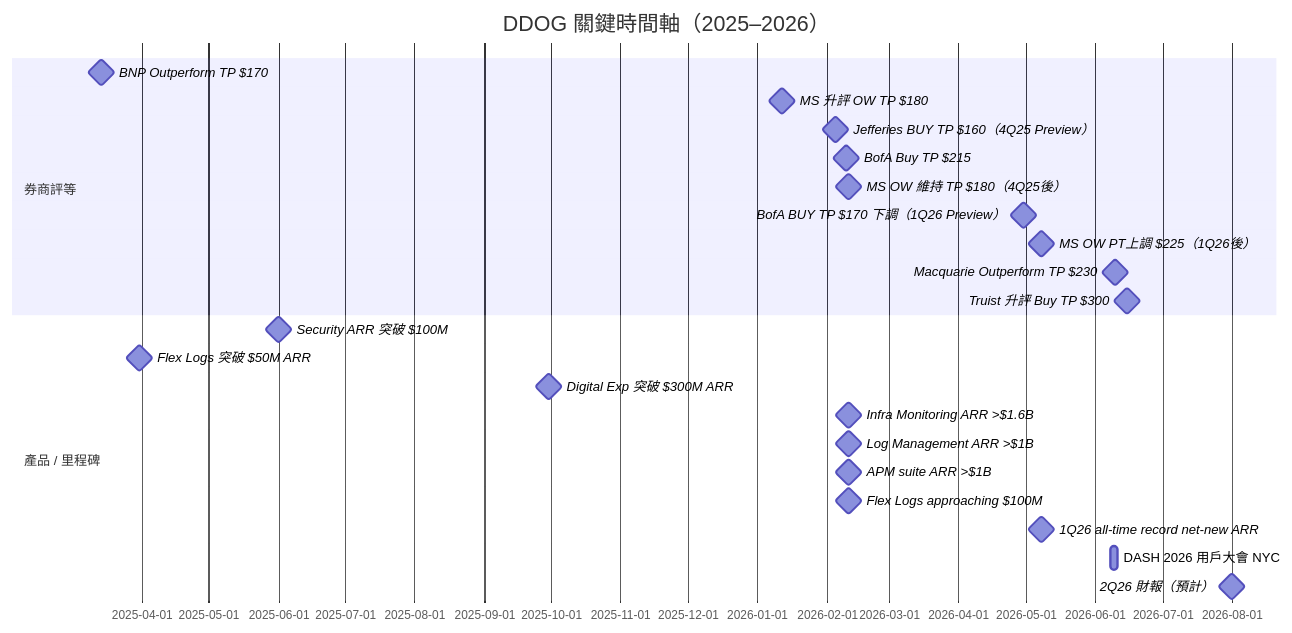
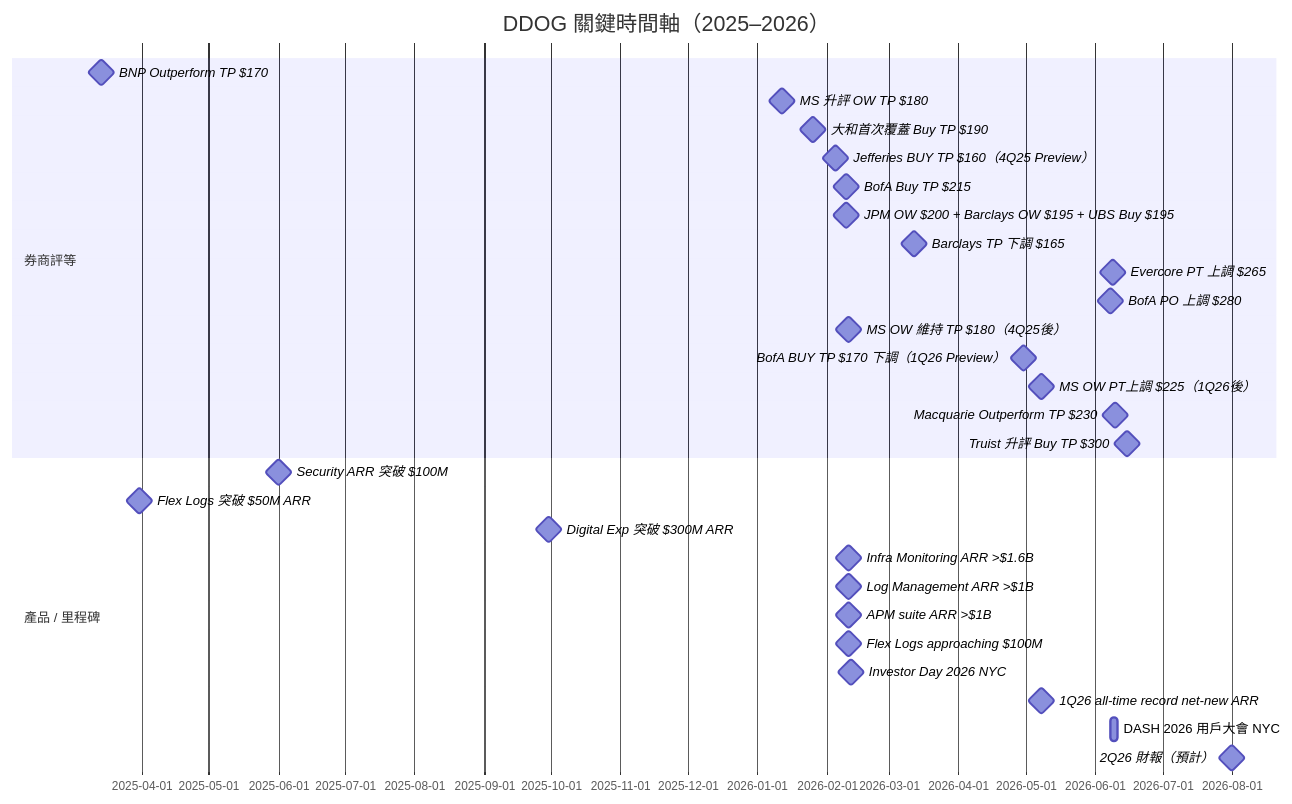
The diagram in content/lib/1.company/Overseas/DDOG.US(datadog).md (kevn950324/wiki_Stockv2), drawn with Mermaid before and after one commit. The commit also changed other lines of this file and 194 other files, not shown here.

````diff
--- a/content/lib/1.company/Overseas/DDOG.US(datadog).md
+++ b/content/lib/1.company/Overseas/DDOG.US(datadog).md
@@ -388,26 +504,32 @@
 ```mermaid
 gantt
     title DDOG 關鍵時間軸（2025–2026）
     dateFormat YYYY-MM-DD
     section 券商評等
     BNP Outperform TP $170   :milestone, 2025-03-14, 0d
     MS 升評 OW TP $180       :milestone, 2026-01-12, 0d
+    大和首次覆蓋 Buy TP $190 :milestone, 2026-01-26, 0d
     Jefferies BUY TP $160（4Q25 Preview）:milestone, 2026-02-05, 0d
     BofA Buy TP $215         :milestone, 2026-02-10, 0d
+    JPM OW $200 + Barclays OW $195 + UBS Buy $195 :milestone, 2026-02-10, 0d
+    Barclays TP 下調 $165    :milestone, 2026-03-12, 0d
+    Evercore PT 上調 $265    :milestone, 2026-06-09, 0d
+    BofA PO 上調 $280        :milestone, 2026-06-08, 0d
     MS OW 維持 TP $180（4Q25後）:milestone, 2026-02-11, 0d
     BofA BUY TP $170 下調（1Q26 Preview）:milestone, 2026-04-30, 0d
     MS OW PT上調 $225（1Q26後）:milestone, 2026-05-08, 0d
     Macquarie Outperform TP $230 :milestone, 2026-06-10, 0d
     Truist 升評 Buy TP $300  :milestone, 2026-06-15, 0d
     section 產品 / 里程碑
     Security ARR 突破 $100M  :milestone, 2025-06-01, 0d
     Flex Logs 突破 $50M ARR  :milestone, 2025-03-31, 0d
     Digital Exp 突破 $300M ARR :milestone, 2025-09-30, 0d
     Infra Monitoring ARR >$1.6B :milestone, 2026-02-11, 0d
     Log Management ARR >$1B  :milestone, 2026-02-11, 0d
     APM suite ARR >$1B        :milestone, 2026-02-11, 0d
     Flex Logs approaching $100M :milestone, 2026-02-11, 0d
+    Investor Day 2026 NYC    :milestone, 2026-02-12, 0d
     1Q26 all-time record net-new ARR :milestone, 2026-05-08, 0d
     DASH 2026 用戶大會 NYC   :2026-06-08, 3d
     2Q26 財報（預計）        :milestone, 2026-08-01, 0d
 ```
````
